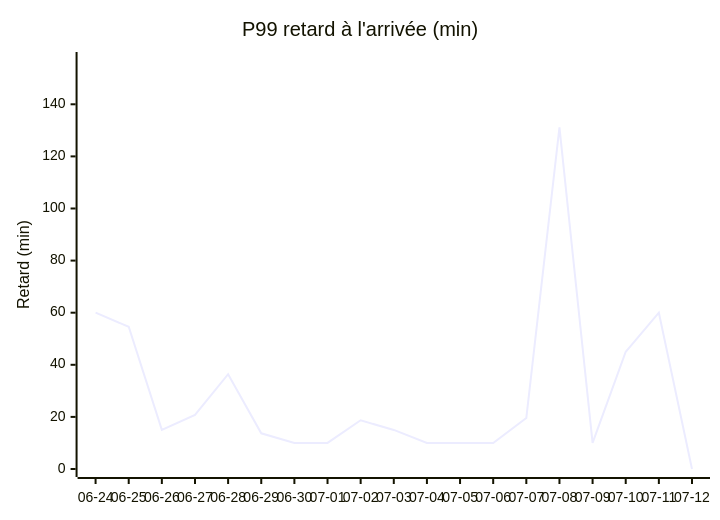
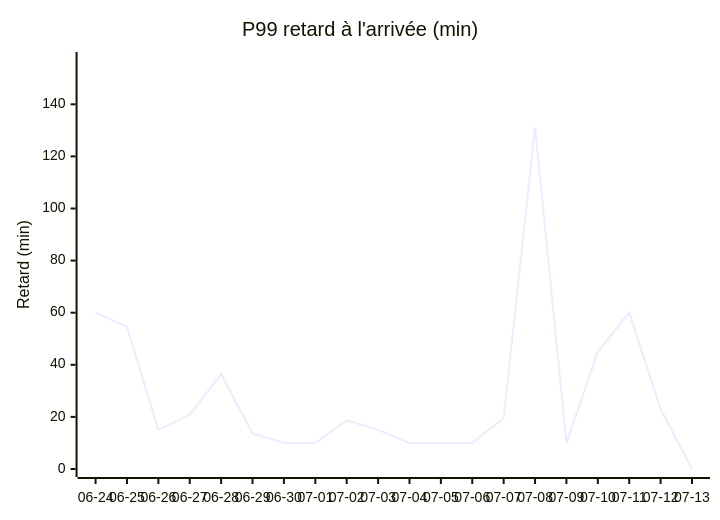
The second of 4 diagrams in STATS.md (antoinerep/horaire-ter), drawn with Mermaid before and after one commit. The commit also changed other lines of this file and 1 other file, not shown here.

````diff
--- a/STATS.md
+++ b/STATS.md
@@ -39,7 +39,7 @@
 ```mermaid
 xychart-beta
     title "P99 retard à l'arrivée (min)"
-    x-axis ["06-24", "06-25", "06-26", "06-27", "06-28", "06-29", "06-30", "07-01", "07-02", "07-03", "07-04", "07-05", "07-06", "07-07", "07-08", "07-09", "07-10", "07-11", "07-12"]
+    x-axis ["06-24", "06-25", "06-26", "06-27", "06-28", "06-29", "06-30", "07-01", "07-02", "07-03", "07-04", "07-05", "07-06", "07-07", "07-08", "07-09", "07-10", "07-11", "07-12", "07-13"]
     y-axis "Retard (min)" 0 --> 157
-    line [60.0, 54.6, 15.0, 20.8, 36.4, 13.7, 10.0, 10.0, 18.7, 15.0, 10.0, 10.0, 10.0, 19.6, 131.1, 10.0, 45.0, 60.0, 0.0]
+    line [60.0, 54.6, 15.0, 20.8, 36.4, 13.7, 10.0, 10.0, 18.7, 15.0, 10.0, 10.0, 10.0, 19.6, 131.1, 10.0, 45.0, 60.0, 23.0, 0.0]
 ```
````
